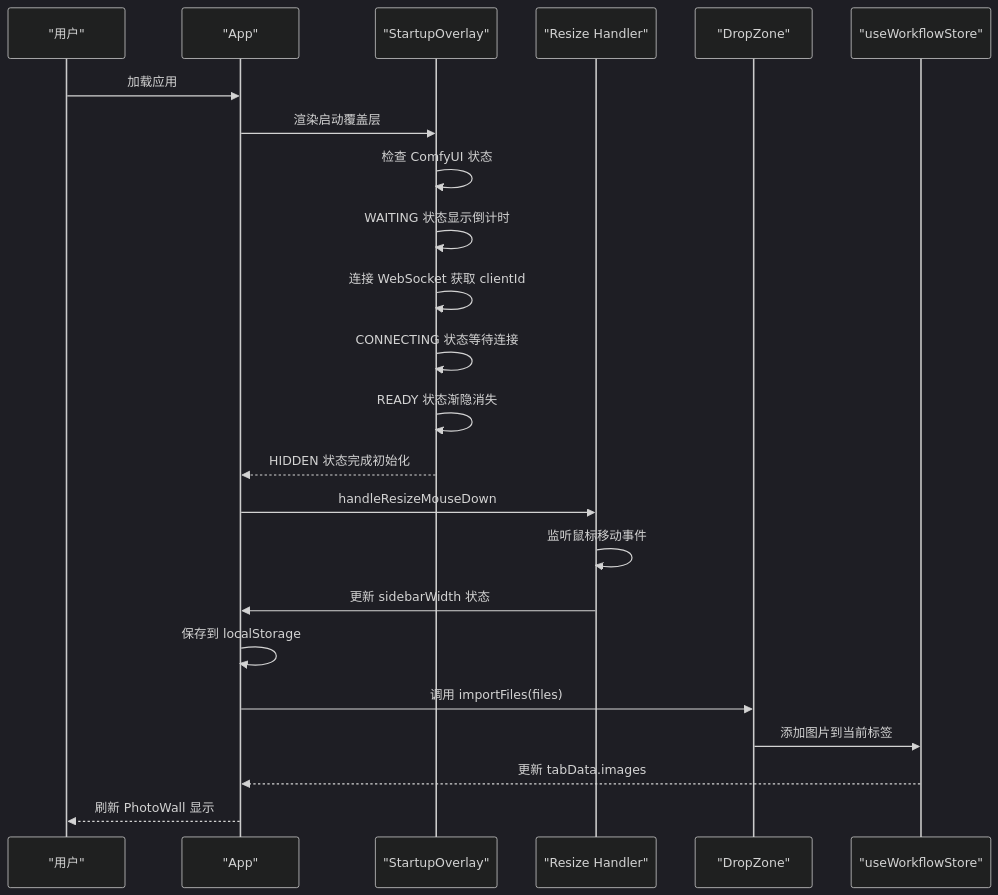
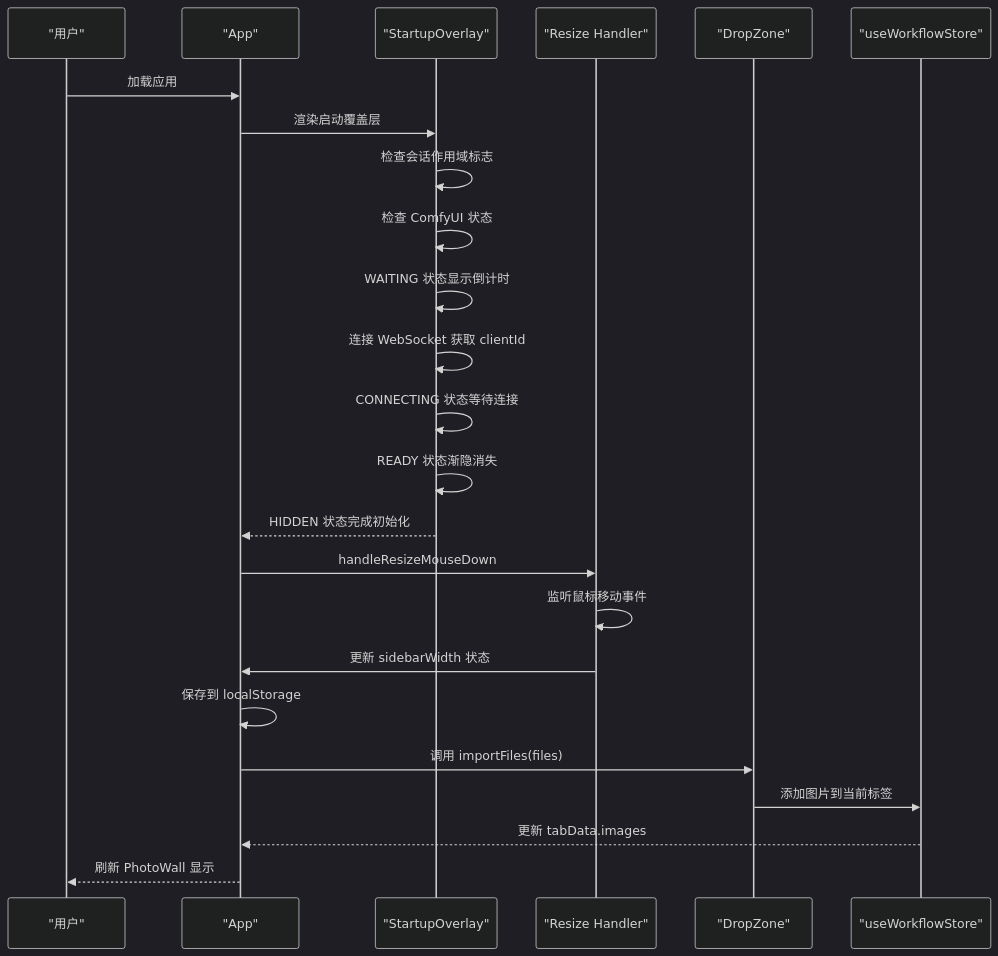
Before and after one commit to billye220670/CorineKit_Pix2Real: the third of 11 diagrams in .qoder/repowiki/zh/content/前端应用/React 组件体系.md, drawn with Mermaid (dark theme). The commit also changed other lines of this file and 73 other files, not shown here.

````diff
--- a/.qoder/repowiki/zh/content/前端应用/React 组件体系.md
+++ b/.qoder/repowiki/zh/content/前端应用/React 组件体系.md
@@ -244,25 +255,26 @@
 ```mermaid
 sequenceDiagram
 participant U as "用户"
 participant APP as "App"
 participant SO as "StartupOverlay"
 participant RESIZE as "Resize Handler"
 participant DZ as "DropZone"
 participant WFS as "useWorkflowStore"
 U->>APP : 加载应用
 APP->>SO : 渲染启动覆盖层
+SO->>SO : 检查会话作用域标志
 SO->>SO : 检查 ComfyUI 状态
 SO->>SO : WAITING 状态显示倒计时
 SO->>SO : 连接 WebSocket 获取 clientId
 SO->>SO : CONNECTING 状态等待连接
 SO->>SO : READY 状态渐隐消失
 SO-->>APP : HIDDEN 状态完成初始化
 APP->>RESIZE : handleResizeMouseDown
 RESIZE->>RESIZE : 监听鼠标移动事件
 RESIZE->>APP : 更新 sidebarWidth 状态
 APP->>APP : 保存到 localStorage
 APP->>DZ : 调用 importFiles(files)
 DZ->>WFS : 添加图片到当前标签
 WFS-->>APP : 更新 tabData.images
 APP-->>U : 刷新 PhotoWall 显示
 ```
````
